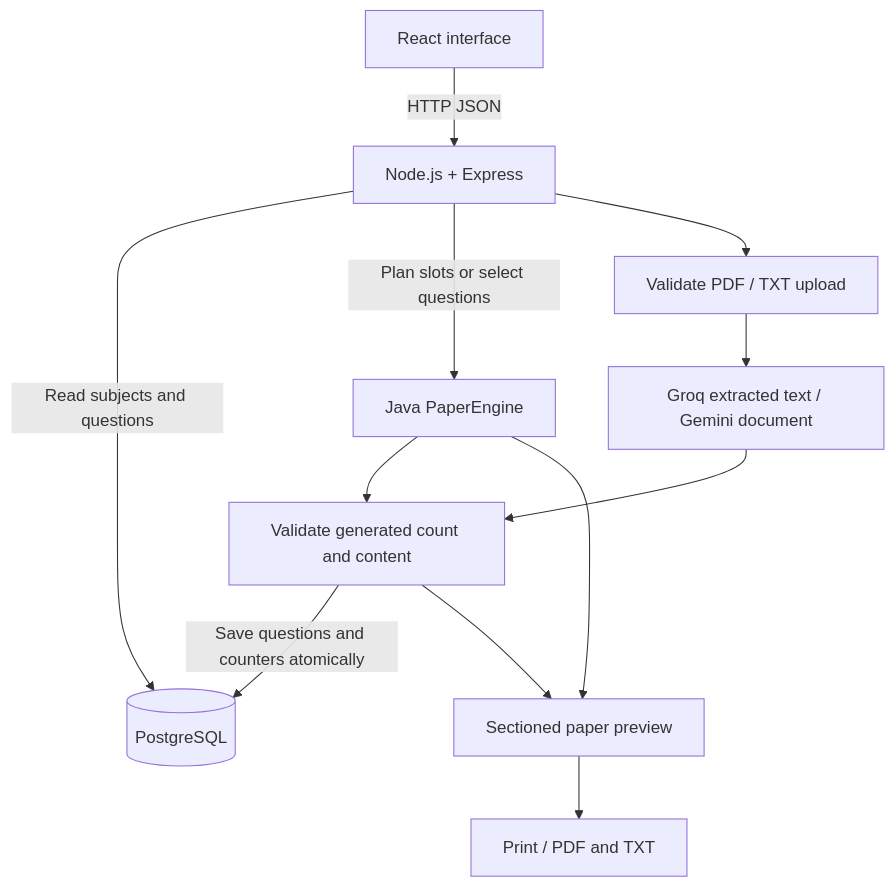
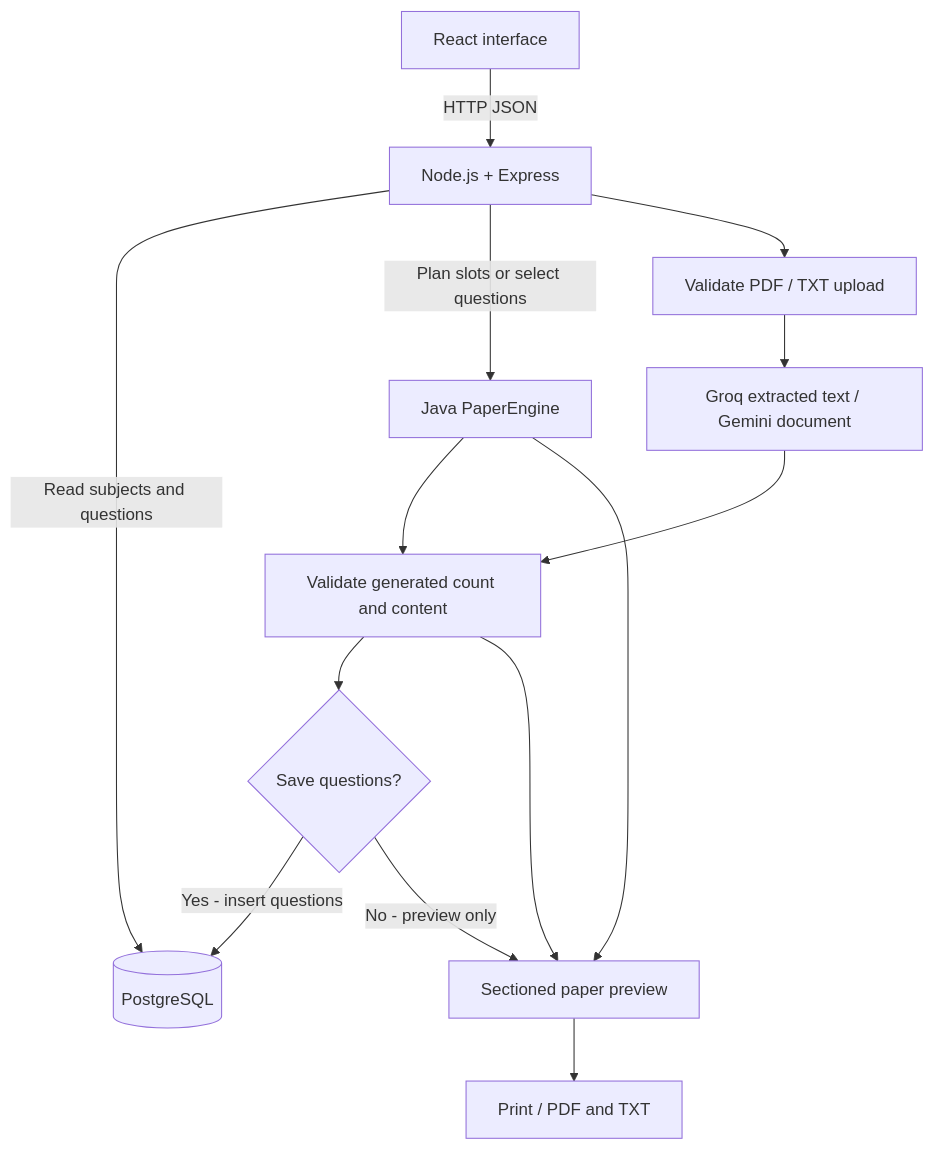
One commit to irfanshafi21/mini-project changed the second of 2 diagrams in README.md. Above: the diagram before and after it, drawn with Mermaid. The commit also changed other lines of this file, not shown here.

Commit message:
Document Yes/No save confirmation for syllabus generation

````diff
--- a/README.md
+++ b/README.md
@@ -135,14 +135,16 @@
 ```mermaid
 flowchart TD
     UI[React interface] -->|HTTP JSON| API[Node.js + Express]
     API -->|Read subjects and questions| DB[(PostgreSQL)]
     API -->|Plan slots or select questions| JAVA[Java PaperEngine]
     API --> FILE[Validate PDF / TXT upload]
     FILE --> PROVIDER[Groq extracted text / Gemini document]
     JAVA --> VALIDATE[Validate generated count and content]
     PROVIDER --> VALIDATE
-    VALIDATE -->|Save questions and counters atomically| DB
+    VALIDATE --> CHOICE{Save questions?}
+    CHOICE -->|Yes - insert questions| DB
+    CHOICE -->|No - preview only| PREVIEW
     JAVA --> PREVIEW[Sectioned paper preview]
     VALIDATE --> PREVIEW
     PREVIEW --> EXPORT[Print / PDF and TXT]
 ```
````
